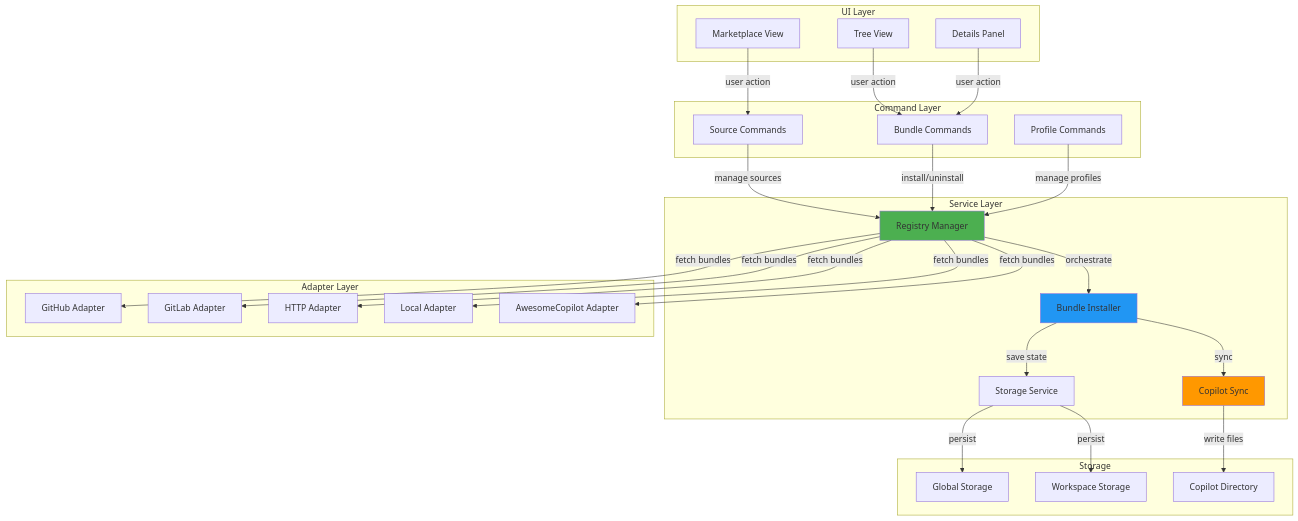
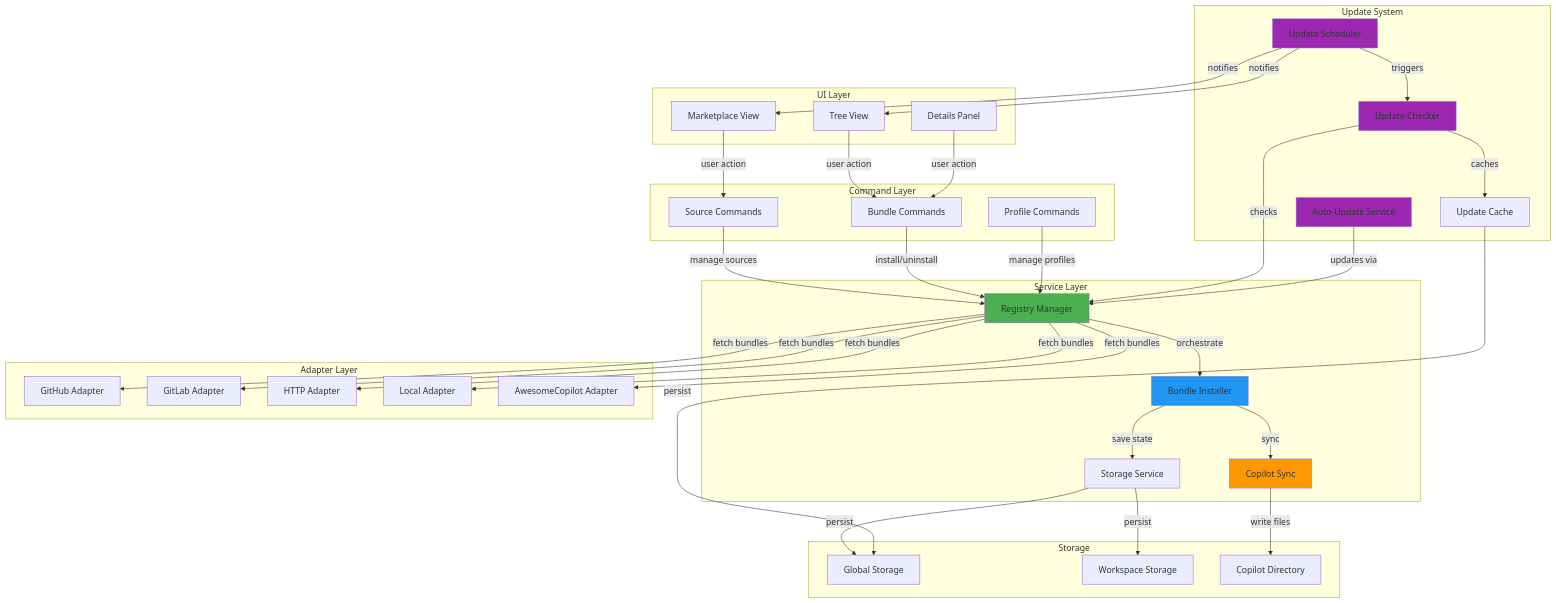
One commit to AmadeusITGroup/prompt-registry changed the first of 18 diagrams in docs/ARCHITECTURE.md. Above: the diagram before and after it, drawn with Mermaid. The commit also changed other lines of this file and 66 other files, not shown here.

````diff
--- a/docs/ARCHITECTURE.md
+++ b/docs/ARCHITECTURE.md
@@ -69,61 +70,79 @@
 ```mermaid
 graph TB
     subgraph "UI Layer"
         MV[Marketplace View]
         TV[Tree View]
         DP[Details Panel]
     end
     
     subgraph "Command Layer"
         SC[Source Commands]
         BC[Bundle Commands]
         PC[Profile Commands]
     end
     
     subgraph "Service Layer"
         RM[Registry Manager]
         BI[Bundle Installer]
         CS[Copilot Sync]
         SS[Storage Service]
+    end
+    
+    subgraph "Update System"
+        US[Update Scheduler]
+        UC[Update Checker]
+        AUS[Auto-Update Service]
+        UCA[Update Cache]
     end
     
     subgraph "Adapter Layer"
         GHA[GitHub Adapter]
         GLA[GitLab Adapter]
         HTA[HTTP Adapter]
         LCA[Local Adapter]
         ACA[AwesomeCopilot Adapter]
     end
     
     subgraph "Storage"
         GS[Global Storage]
         WS[Workspace Storage]
         CP[Copilot Directory]
     end
     
     MV -->|user action| SC
     TV -->|user action| BC
     DP -->|user action| BC
     
     SC -->|manage sources| RM
     BC -->|install/uninstall| RM
     PC -->|manage profiles| RM
     
     RM -->|orchestrate| BI
     RM -->|fetch bundles| GHA
     RM -->|fetch bundles| GLA
     RM -->|fetch bundles| HTA
     RM -->|fetch bundles| LCA
     RM -->|fetch bundles| ACA
     
+    US -->|triggers| UC
+    UC -->|checks| RM
+    UC -->|caches| UCA
+    AUS -->|updates via| RM
+    US -->|notifies| MV
+    US -->|notifies| TV
+    
     BI -->|sync| CS
     BI -->|save state| SS
     
     CS -->|write files| CP
     SS -->|persist| GS
     SS -->|persist| WS
+    UCA -->|persist| GS
     
     style RM fill:#4CAF50
     style BI fill:#2196F3
     style CS fill:#FF9800
+    style US fill:#9C27B0
+    style UC fill:#9C27B0
+    style AUS fill:#9C27B0
 ```
````
